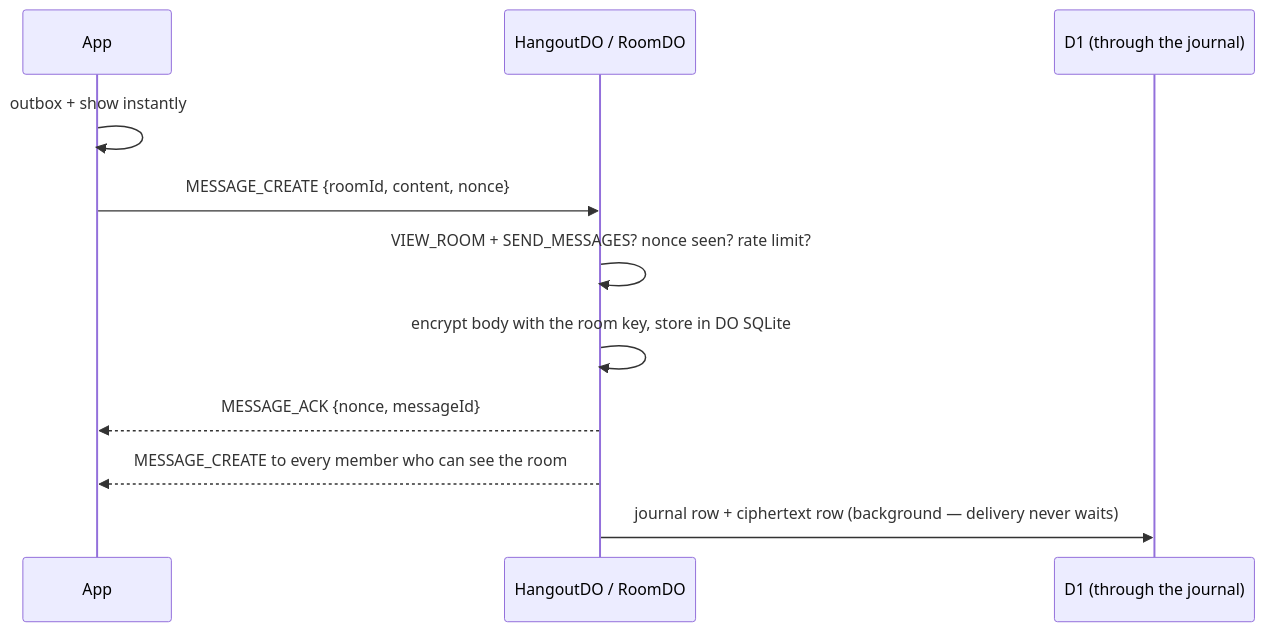
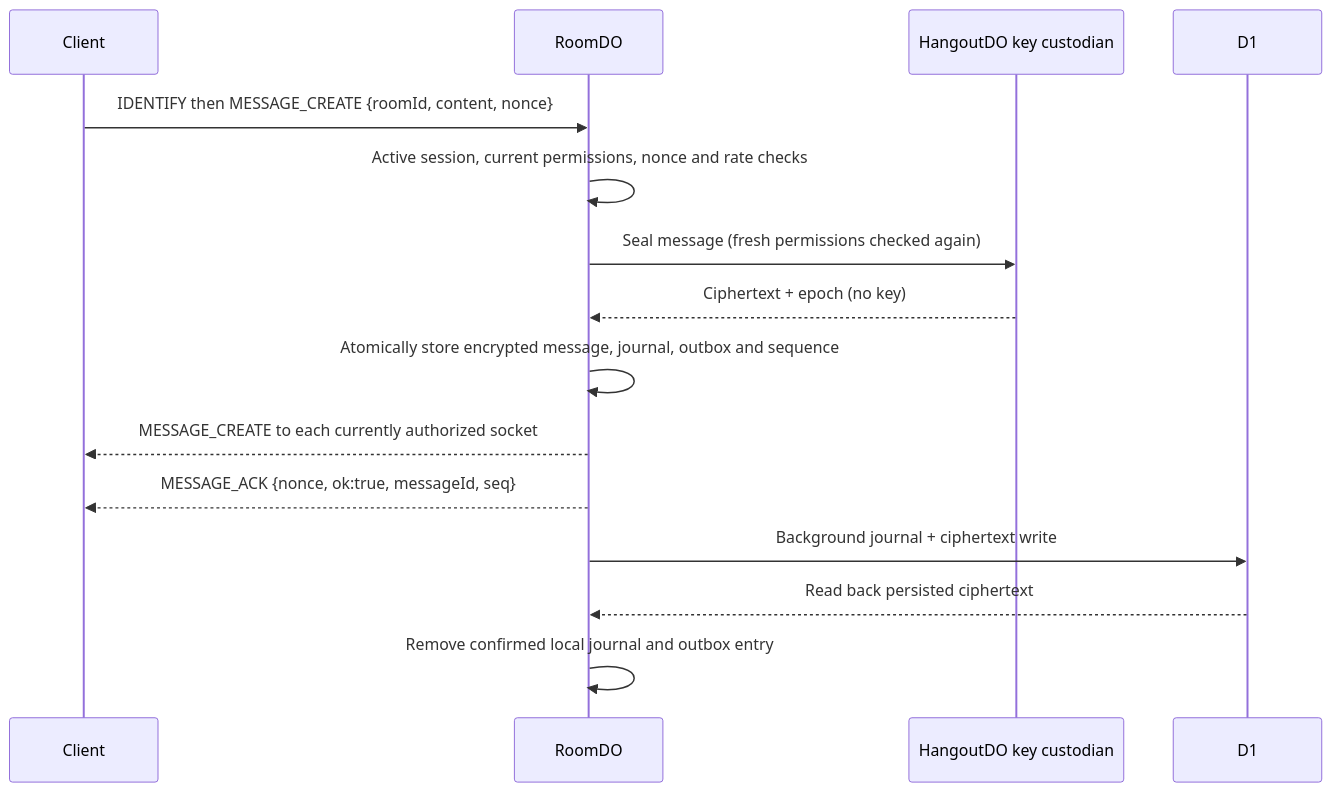
The fourth of 7 diagrams in Handoff documentation/workflow design.md (ChiRepo/HangCord), drawn with Mermaid before and after one commit. The commit also changed other lines of this file and 41 other files, not shown here.

Commit message:
feat(gateway): add room-scoped encrypted realtime messaging

````diff
--- a/Handoff documentation/workflow design.md
+++ b/Handoff documentation/workflow design.md
@@ -100,13 +102,17 @@
 ```mermaid
 sequenceDiagram
-  participant C as App
-  participant H as HangoutDO / RoomDO
-  participant D as D1 (through the journal)
-  C->>C: outbox + show instantly
-  C->>H: MESSAGE_CREATE {roomId, content, nonce}
-  H->>H: VIEW_ROOM + SEND_MESSAGES? nonce seen? rate limit?
-  H->>H: encrypt body with the room key, store in DO SQLite
-  H-->>C: MESSAGE_ACK {nonce, messageId}
-  H-->>C: MESSAGE_CREATE to every member who can see the room
-  H->>D: journal row + ciphertext row (background — delivery never waits)
+  participant C as Client
+  participant R as RoomDO
+  participant H as HangoutDO key custodian
+  participant D as D1
+  C->>R: IDENTIFY then MESSAGE_CREATE {roomId, content, nonce}
+  R->>R: Active session, current permissions, nonce and rate checks
+  R->>H: Seal message (fresh permissions checked again)
+  H-->>R: Ciphertext + epoch (no key)
+  R->>R: Atomically store encrypted message, journal, outbox and sequence
+  R-->>C: MESSAGE_CREATE to each currently authorized socket
+  R-->>C: MESSAGE_ACK {nonce, ok:true, messageId, seq}
+  R->>D: Background journal + ciphertext write
+  D-->>R: Read back persisted ciphertext
+  R->>R: Remove confirmed local journal and outbox entry
 ```
````
